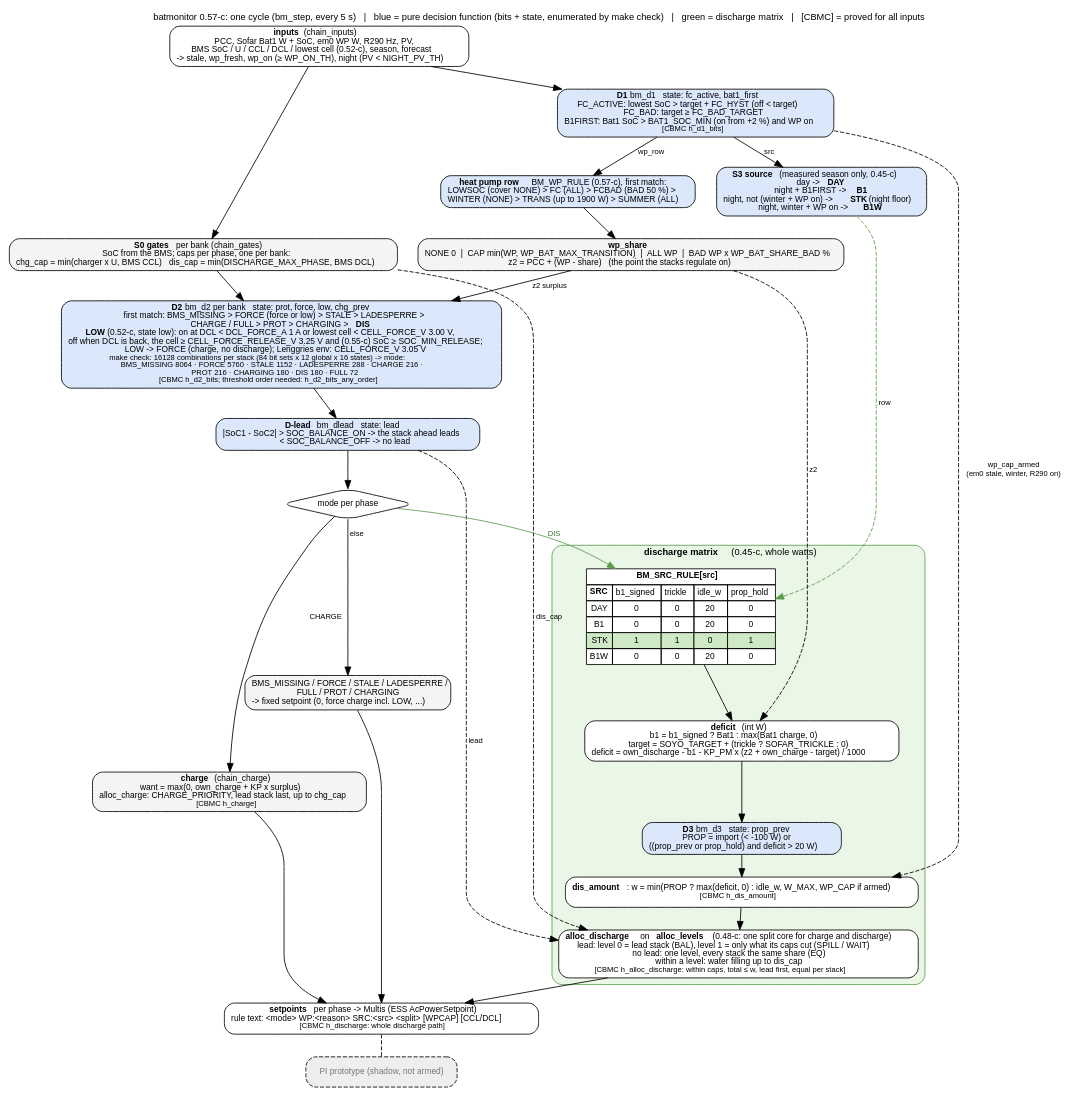
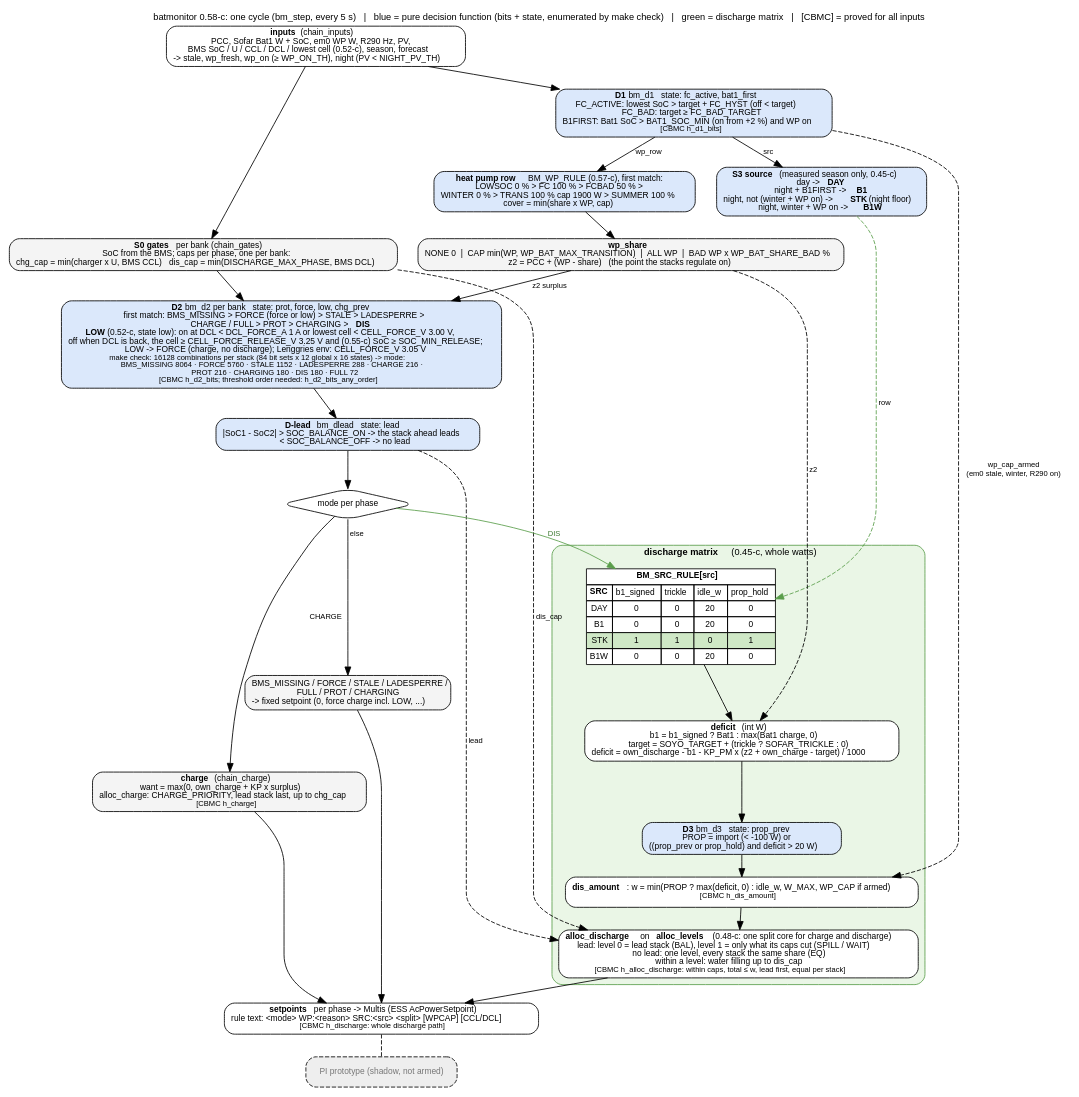
The diagram in docs/discharge_flow.dot (gerontec/victron), drawn with Graphviz before and after one commit. The commit also changed 18 other files, not shown here.

```diff
--- a/docs/discharge_flow.dot
+++ b/docs/discharge_flow.dot
@@ -1,75 +1,75 @@
 // batmonitor 0.45-c: decision flow of one cycle (bm_step), the discharge matrix highlighted.
 // render: dot -Tpdf discharge_flow.dot -o discharge_flow.pdf   (or -Tpng)
 digraph batmonitor {
 	graph [rankdir=TB, fontname="Helvetica", fontsize=11, nodesep=0.35, ranksep=0.35, newrank=true,
-		   label="batmonitor 0.57-c: one cycle (bm_step, every 5 s)   |   blue = pure decision function (bits + state, enumerated by make check)   |   green = discharge matrix   |   [CBMC] = proved for all inputs",
+		   label="batmonitor 0.58-c: one cycle (bm_step, every 5 s)   |   blue = pure decision function (bits + state, enumerated by make check)   |   green = discharge matrix   |   [CBMC] = proved for all inputs",
 		   labelloc=t];
 	node [shape=box, style="rounded,filled", fillcolor="#f4f4f4", fontname="Helvetica", fontsize=10];
 	edge [fontname="Helvetica", fontsize=9];
 
 	in [label=<<b>inputs</b> (chain_inputs)<br/>PCC, Sofar Bat1 W + SoC, em0 WP W, R290 Hz, PV,<br/>BMS SoC / U / CCL / DCL / lowest cell (0.52-c), season, forecast<br/>-&gt; stale, wp_fresh, wp_on (&ge; WP_ON_TH), night (PV &lt; NIGHT_PV_TH)>, fillcolor="#ffffff"];
 
 	d1 [label=<<b>D1</b> bm_d1   state: fc_active, bat1_first<br/>FC_ACTIVE: lowest SoC &gt; target + FC_HYST (off &lt; target)<br/>FC_BAD: target &ge; FC_BAD_TARGET<br/>B1FIRST: Bat1 SoC &gt; BAT1_SOC_MIN (on from +2 %) and WP on<br/><font point-size="9">[CBMC h_d1_bits]</font>>, fillcolor="#dbe8fb"];
 
 	src [label=<<b>S3 source</b> (measured season only, 0.45-c)<br/>day -&gt; <b>DAY</b><br/>night + B1FIRST -&gt; <b>B1</b><br/>night, not (winter + WP on) -&gt; <b>STK</b> (night floor)<br/>night, winter + WP on -&gt; <b>B1W</b>>, fillcolor="#dbe8fb"];
 
-	wpk [label=<<b>heat pump row</b> BM_WP_RULE (0.57-c), first match:<br/>LOWSOC (cover NONE) &gt; FC (ALL) &gt; FCBAD (BAD 50 %) &gt;<br/>WINTER (NONE) &gt; TRANS (up to 1900 W) &gt; SUMMER (ALL)>, fillcolor="#dbe8fb"];
+	wpk [label=<<b>heat pump row</b> BM_WP_RULE (0.57-c), first match:<br/>LOWSOC 0 % &gt; FC 100 % &gt; FCBAD 50 % &gt;<br/>WINTER 0 % &gt; TRANS 100 % cap 1900 W &gt; SUMMER 100 %<br/>cover = min(share x WP, cap)>, fillcolor="#dbe8fb"];
 
 	share [label=<<b>wp_share</b><br/>NONE 0  |  CAP min(WP, WP_BAT_MAX_TRANSITION)  |  ALL WP  |  BAD WP x WP_BAT_SHARE_BAD %<br/>z2 = PCC + (WP - share)   (the point the stacks regulate on)>];
 
 	gates [label=<<b>S0 gates</b> per bank (chain_gates)<br/>SoC from the BMS; caps per phase, one per bank:<br/>chg_cap = min(charger x U, BMS CCL)   dis_cap = min(DISCHARGE_MAX_PHASE, BMS DCL)>];
 
 	d2 [label=<<b>D2</b> bm_d2 per bank   state: prot, force, low, chg_prev<br/>first match: BMS_MISSING &gt; FORCE (force or low) &gt; STALE &gt; LADESPERRE &gt;<br/>CHARGE / FULL &gt; PROT &gt; CHARGING &gt; <b>DIS</b><br/><b>LOW</b> (0.52-c, state low): on at DCL &lt; DCL_FORCE_A 1 A or lowest cell &lt; CELL_FORCE_V 3.00 V,<br/>off when DCL is back, the cell &ge; CELL_FORCE_RELEASE_V 3.25 V and (0.55-c) SoC &ge; SOC_MIN_RELEASE;<br/>LOW -&gt; FORCE (charge, no discharge); Lenggries env: CELL_FORCE_V 3.05 V<br/><font point-size="9">make check: 16128 combinations per stack (84 bit sets x 12 global x 16 states) -&gt; mode:<br/>BMS_MISSING 8064 · FORCE 5760 · STALE 1152 · LADESPERRE 288 · CHARGE 216 ·<br/>PROT 216 · CHARGING 180 · DIS 180 · FULL 72</font><br/><font point-size="9">[CBMC h_d2_bits; threshold order needed: h_d2_bits_any_order]</font>>, fillcolor="#dbe8fb"];
 
 	lead [label=<<b>D-lead</b> bm_dlead   state: lead<br/>|SoC1 - SoC2| &gt; SOC_BALANCE_ON -&gt; the stack ahead leads<br/>&lt; SOC_BALANCE_OFF -&gt; no lead>, fillcolor="#dbe8fb"];
 
 	modesplit [label="mode per phase", shape=diamond, fillcolor="#ffffff"];
 	other [label=<BMS_MISSING / FORCE / STALE / LADESPERRE /<br/>FULL / PROT / CHARGING<br/>-&gt; fixed setpoint (0, force charge incl. LOW, ...)>];
 
 	subgraph cluster_dis {
 		label=<<b>discharge matrix</b> (0.45-c, whole watts)>; style="rounded,filled"; fillcolor="#eaf6e6"; color="#5a9e4b"; fontsize=11;
 		rule [shape=plain, fillcolor="#ffffff", label=<
 			<table border="0" cellborder="1" cellspacing="0" cellpadding="3" bgcolor="#ffffff">
 			<tr><td colspan="5"><b>BM_SRC_RULE[src]</b></td></tr>
 			<tr><td><b>SRC</b></td><td>b1_signed</td><td>trickle</td><td>idle_w</td><td>prop_hold</td></tr>
 			<tr><td>DAY</td><td>0</td><td>0</td><td>20</td><td>0</td></tr>
 			<tr><td>B1</td><td>0</td><td>0</td><td>20</td><td>0</td></tr>
 			<tr><td bgcolor="#cfe8c6">STK</td><td bgcolor="#cfe8c6">1</td><td bgcolor="#cfe8c6">1</td><td bgcolor="#cfe8c6">0</td><td bgcolor="#cfe8c6">1</td></tr>
 			<tr><td>B1W</td><td>0</td><td>0</td><td>20</td><td>0</td></tr>
 			</table>>];
 		deficit [label=<<b>deficit</b> (int W)<br/>b1 = b1_signed ? Bat1 : max(Bat1 charge, 0)<br/>target = SOYO_TARGET + (trickle ? SOFAR_TRICKLE : 0)<br/>deficit = own_discharge - b1 - KP_PM x (z2 + own_charge - target) / 1000>, fillcolor="#ffffff"];
 		d3 [label=<<b>D3</b> bm_d3   state: prop_prev<br/>PROP = import (&lt; -100 W) or<br/>((prop_prev or prop_hold) and deficit &gt; 20 W)>, fillcolor="#dbe8fb"];
 		amount [label=<<b>dis_amount</b>: w = min(PROP ? max(deficit, 0) : idle_w, W_MAX, WP_CAP if armed)<br/><font point-size="9">[CBMC h_dis_amount]</font>>, fillcolor="#ffffff"];
 		alloc [label=<<b>alloc_discharge</b> on <b>alloc_levels</b> (0.48-c: one split core for charge and discharge)<br/>lead: level 0 = lead stack (BAL), level 1 = only what its caps cut (SPILL / WAIT)<br/>no lead: one level, every stack the same share (EQ)<br/>within a level: water filling up to dis_cap<br/><font point-size="9">[CBMC h_alloc_discharge: within caps, total &le; w, lead first, equal per stack]</font>>, fillcolor="#ffffff"];
 		rule -> deficit -> d3 -> amount -> alloc;
 	}
 
 	chg [label=<<b>charge</b> (chain_charge)<br/>want = max(0, own_charge + KP x surplus)<br/>alloc_charge: CHARGE_PRIORITY, lead stack last, up to chg_cap<br/><font point-size="9">[CBMC h_charge]</font>>];
 
 	out [label=<<b>setpoints</b> per phase -&gt; Multis (ESS AcPowerSetpoint)<br/>rule text: &lt;mode&gt; WP:&lt;reason&gt; SRC:&lt;src&gt; &lt;split&gt; [WPCAP] [CCL/DCL]<br/><font point-size="9">[CBMC h_discharge: whole discharge path]</font>>, fillcolor="#ffffff"];
 	pi [label="PI prototype (shadow, not armed)", fillcolor="#eeeeee", fontcolor="#777777", style="rounded,filled,dashed"];
 
 	in -> d1;
 	d1 -> src [label=" src"];
 	d1 -> wpk [label=" wp_row"];
 	wpk -> share;
 	in -> gates;
 	share -> d2 [label=" z2 surplus"];
 	gates -> d2;
 	d2 -> lead;
 	lead -> modesplit;
 	modesplit -> rule [label=" DIS", color="#5a9e4b", fontcolor="#3c7a30"];
 	modesplit -> chg [label=" CHARGE"];
 	modesplit -> other [label=" else"];
 	src -> rule [color="#5a9e4b", style=dashed, label=" row"];
 	share -> deficit [style=dashed, label=" z2"];
 	d1 -> amount [style=dashed, label=" wp_cap_armed\n(em0 stale, winter, R290 on)"];
 	gates -> alloc [style=dashed, label=" dis_cap"];
 	lead -> alloc [style=dashed, label=" lead"];
 	alloc -> out;
 	chg -> out;
 	other -> out;
 	out -> pi [style=dashed, arrowhead=none];
 
 	{rank=same; src; wpk;}
 }
```
